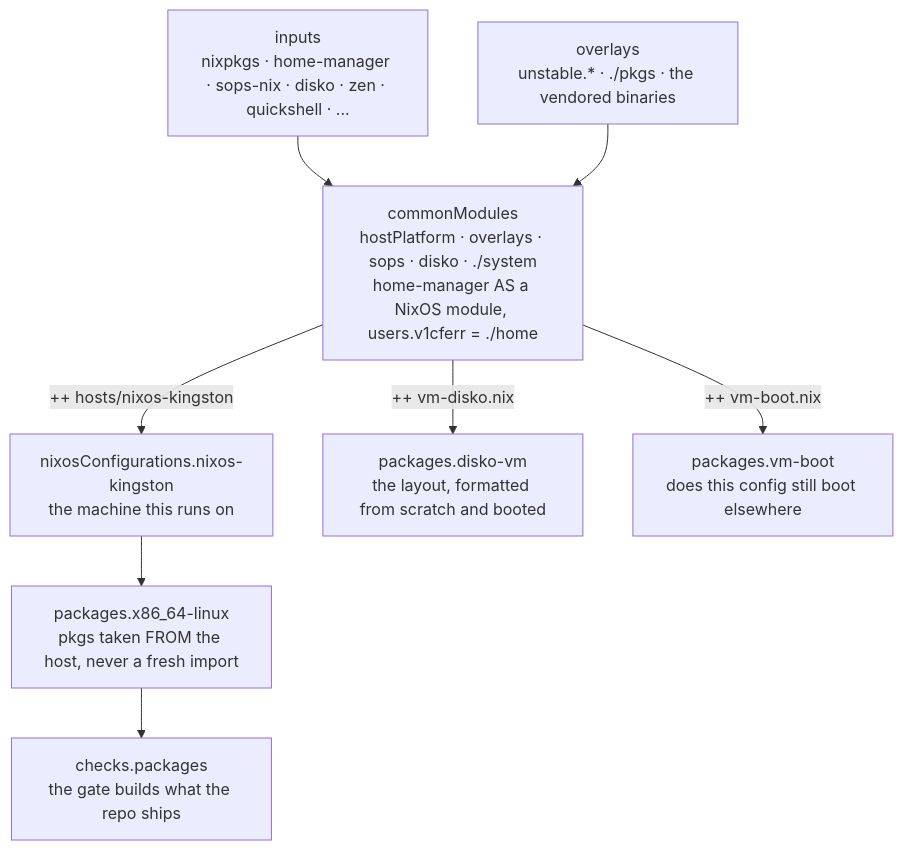
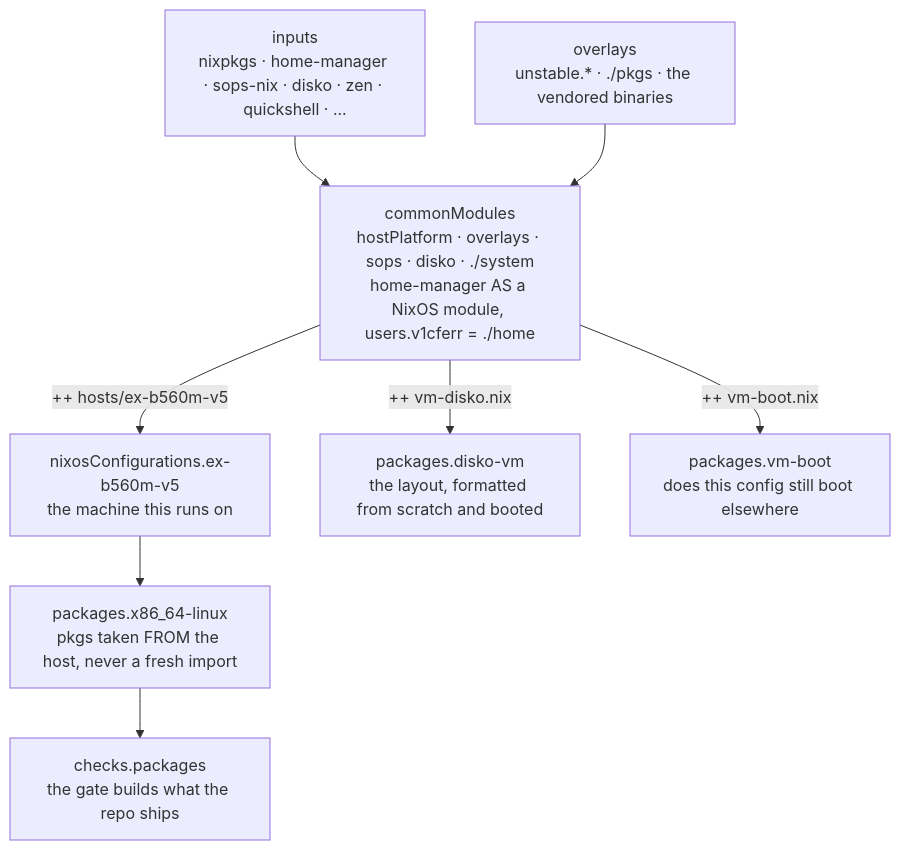
Before and after one commit to v1cferr/dotfiles: the diagram in docs/notes/repo/flake.md, drawn with Mermaid. The commit also changed other lines of this file and 27 other files, not shown here.

First line of the commit message:
refactor(hosts): rename nixos-kingston to ex-b560m-v5

````diff
--- a/docs/notes/repo/flake.md
+++ b/docs/notes/repo/flake.md
@@ -193,17 +193,17 @@
 ```mermaid
 flowchart TD
     I["inputs<br>nixpkgs · home-manager · sops-nix · disko · zen · quickshell · ..."]
     O["overlays<br>unstable.* · ./pkgs · the vendored binaries"]
 
     I --> C
     O --> C
 
     C["commonModules<br>hostPlatform · overlays · sops · disko · ./system<br>home-manager AS a NixOS module, users.v1cferr = ./home"]
 
-    C -->|"++ hosts/nixos-kingston"| H["nixosConfigurations.nixos-kingston<br>the machine this runs on"]
+    C -->|"++ hosts/ex-b560m-v5"| H["nixosConfigurations.ex-b560m-v5<br>the machine this runs on"]
     C -->|"++ vm-disko.nix"| D["packages.disko-vm<br>the layout, formatted from scratch and booted"]
     C -->|"++ vm-boot.nix"| V["packages.vm-boot<br>does this config still boot elsewhere"]
 
     H --> P["packages.x86_64-linux<br>pkgs taken FROM the host, never a fresh import"]
     P --> K["checks.packages<br>the gate builds what the repo ships"]
 ```
````
